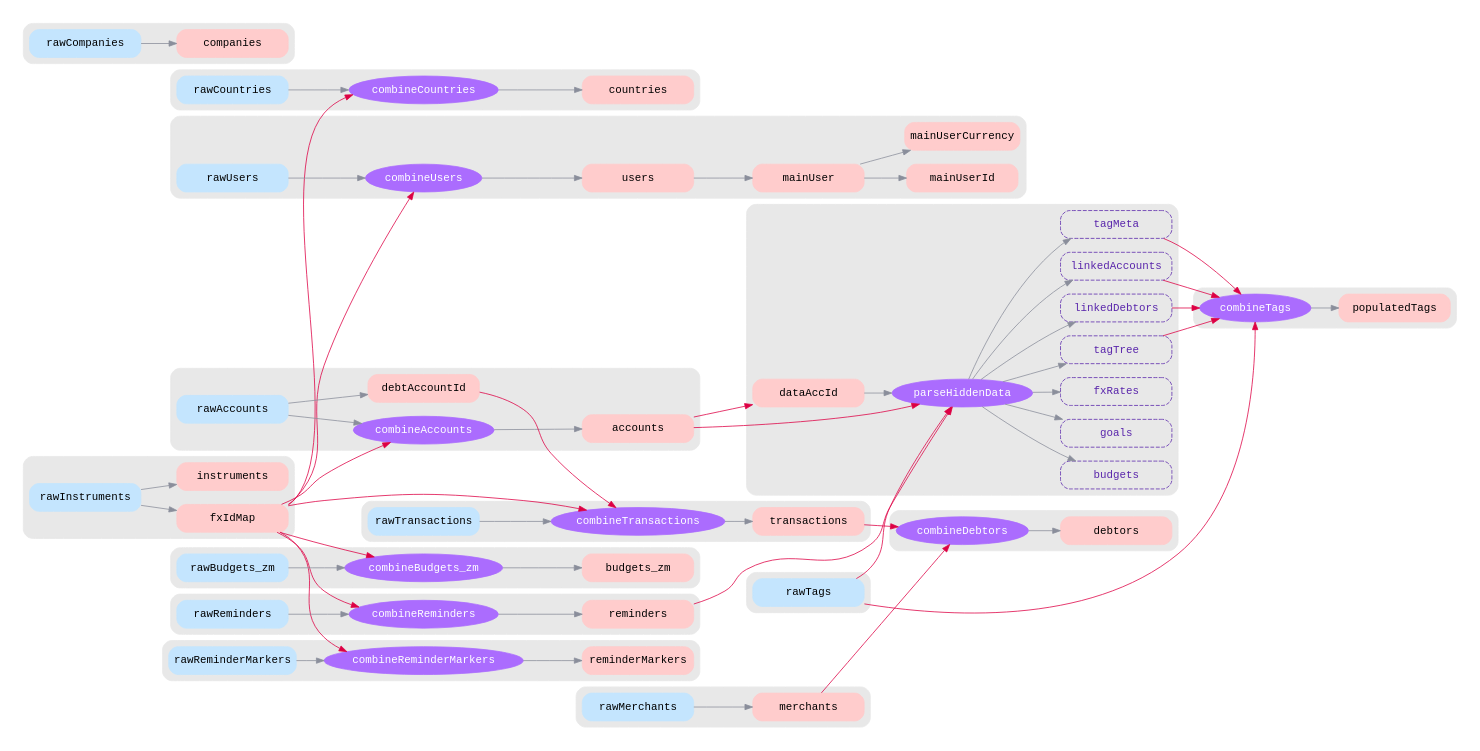
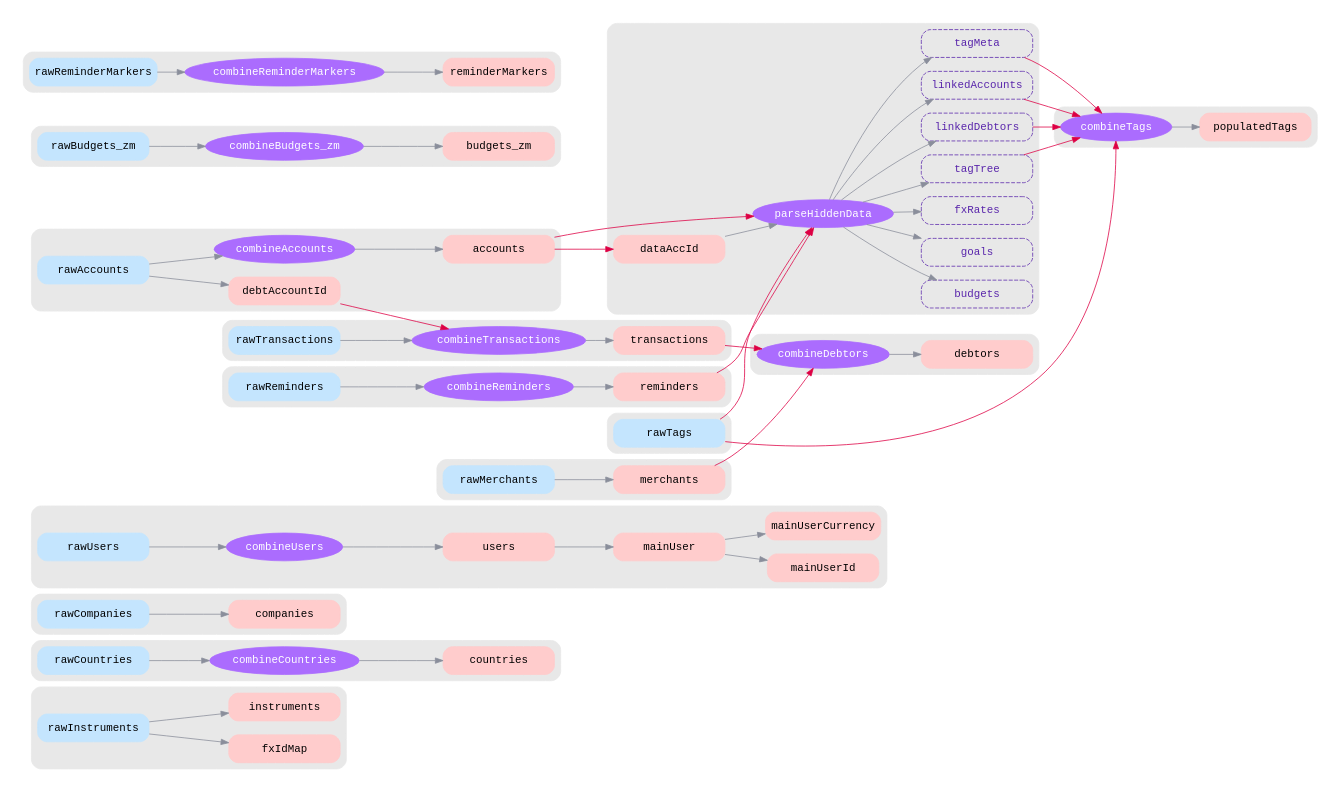
One commit to ardov/zerro changed the diagram in src/dataWorker/dataflow.dot. Above: the diagram before and after it, drawn with Graphviz. The commit also changed 33 other files, not shown here.

```diff
--- a/src/dataWorker/dataflow.dot
+++ b/src/dataWorker/dataflow.dot
@@ -54,7 +54,7 @@
   combineCountries
 
   node [color="#ffcccc", fontcolor="black", shape="box"] // Results
-  fxIdMap -> combineCountries [color="#dd0044"]
+  // fxIdMap -> combineCountries [color="#dd0044"]
   rawCountries -> combineCountries -> countries
 }
 
@@ -80,7 +80,7 @@
   combineUsers
 
   node [color="#ffcccc", fontcolor="black", shape="box"] // Results
-  fxIdMap -> combineUsers [color="#dd0044"]
+  // fxIdMap -> combineUsers [color="#dd0044"]
   rawUsers -> combineUsers -> users
 
   users -> mainUser
@@ -99,7 +99,7 @@
   combineAccounts
 
   node [color="#ffcccc", fontcolor="black", shape="box"] // Results
-  fxIdMap -> combineAccounts [color="#dd0044"]
+  // fxIdMap -> combineAccounts [color="#dd0044"]
   rawAccounts -> combineAccounts -> accounts
 
   rawAccounts -> debtAccountId
@@ -138,7 +138,7 @@
   combineBudgets_zm
 
   node [color="#ffcccc", fontcolor="black", shape="box"] // Results
-  fxIdMap -> combineBudgets_zm [color="#dd0044"]
+  // fxIdMap -> combineBudgets_zm [color="#dd0044"]
   rawBudgets_zm -> combineBudgets_zm -> budgets_zm
 }
 
@@ -153,7 +153,7 @@
   combineReminders
 
   node [color="#ffcccc", fontcolor="black", shape="box"] // Results
-  fxIdMap -> combineReminders [color="#dd0044"]
+  // fxIdMap -> combineReminders [color="#dd0044"]
   rawReminders -> combineReminders -> reminders
 }
 
@@ -168,7 +168,7 @@
   combineReminderMarkers
 
   node [color="#ffcccc", fontcolor="black", shape="box"] // Results
-  fxIdMap -> combineReminderMarkers [color="#dd0044"]
+  // fxIdMap -> combineReminderMarkers [color="#dd0044"]
   rawReminderMarkers -> combineReminderMarkers -> reminderMarkers
 }
 
@@ -183,7 +183,7 @@
   combineTransactions
 
   node [color="#ffcccc", fontcolor="black", shape="box"] // Results
-  fxIdMap -> combineTransactions [color="#dd0044"]
+  // fxIdMap -> combineTransactions [color="#dd0044"]
   debtAccountId -> combineTransactions [color="#dd0044"]
   rawTransactions -> combineTransactions -> transactions
 }
```
